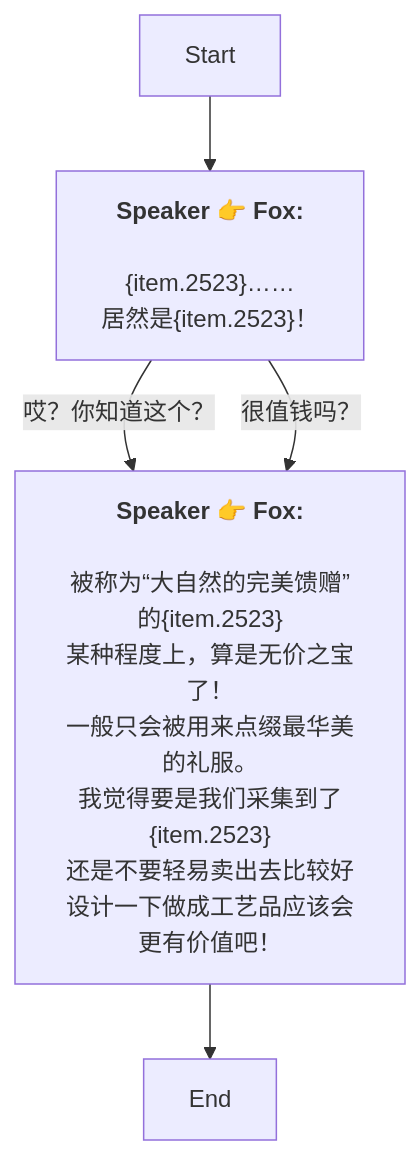
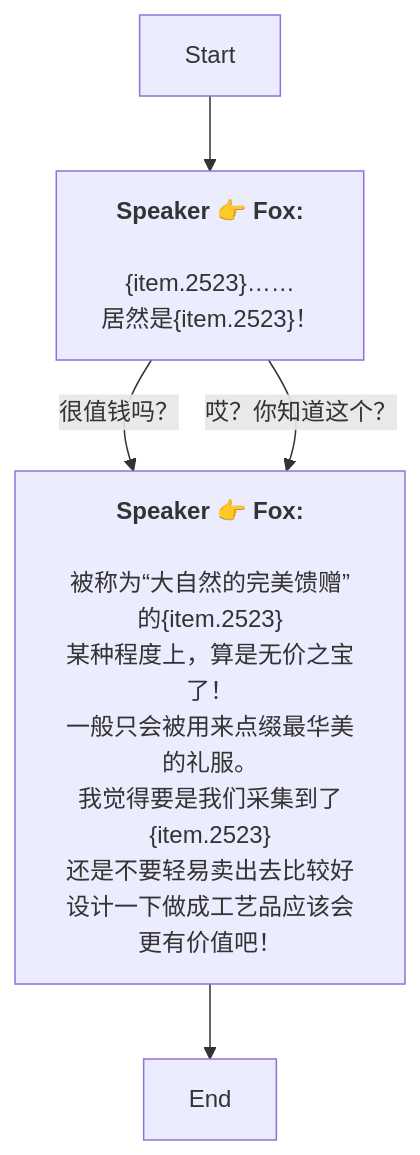
The diagram in Zh/AddDialogNode_1739685449430269.md (SoftHu/tos_avg), drawn with Mermaid before and after one commit. The commit also changed other lines of this file and 780 other files, not shown here.

````diff
--- a/Zh/AddDialogNode_1739685449430269.md
+++ b/Zh/AddDialogNode_1739685449430269.md
@@ -1,20 +1,20 @@
 ```mermaid
 graph
 Start -->1739686357522688[<b>Speaker 👉 Fox:</b>
 \n&lbrace;item.2523&rbrace;……
 居然是&lbrace;item.2523&rbrace;！]
-1739686357522688 -->|哎？你知道这个？|1739687931096326[<b>Speaker 👉 Fox:</b>
+1739686357522688 -->|很值钱吗？|1739687931096326[<b>Speaker 👉 Fox:</b>
 \n被称为“大自然的完美馈赠”的&lbrace;item.2523&rbrace;
 某种程度上，算是无价之宝了！
 一般只会被用来点缀最华美的礼服。\n我觉得要是我们采集到了&lbrace;item.2523&rbrace;
 还是不要轻易卖出去比较好
 设计一下做成工艺品应该会更有价值吧！]
-1739686357522688 -->|很值钱吗？|1739687931096326[<b>Speaker 👉 Fox:</b>
+1739686357522688 -->|哎？你知道这个？|1739687931096326[<b>Speaker 👉 Fox:</b>
 \n被称为“大自然的完美馈赠”的&lbrace;item.2523&rbrace;
 某种程度上，算是无价之宝了！
 一般只会被用来点缀最华美的礼服。\n我觉得要是我们采集到了&lbrace;item.2523&rbrace;
 还是不要轻易卖出去比较好
 设计一下做成工艺品应该会更有价值吧！]
 1739687931096326 -->1739688331585799[End]
 
 ```
````
